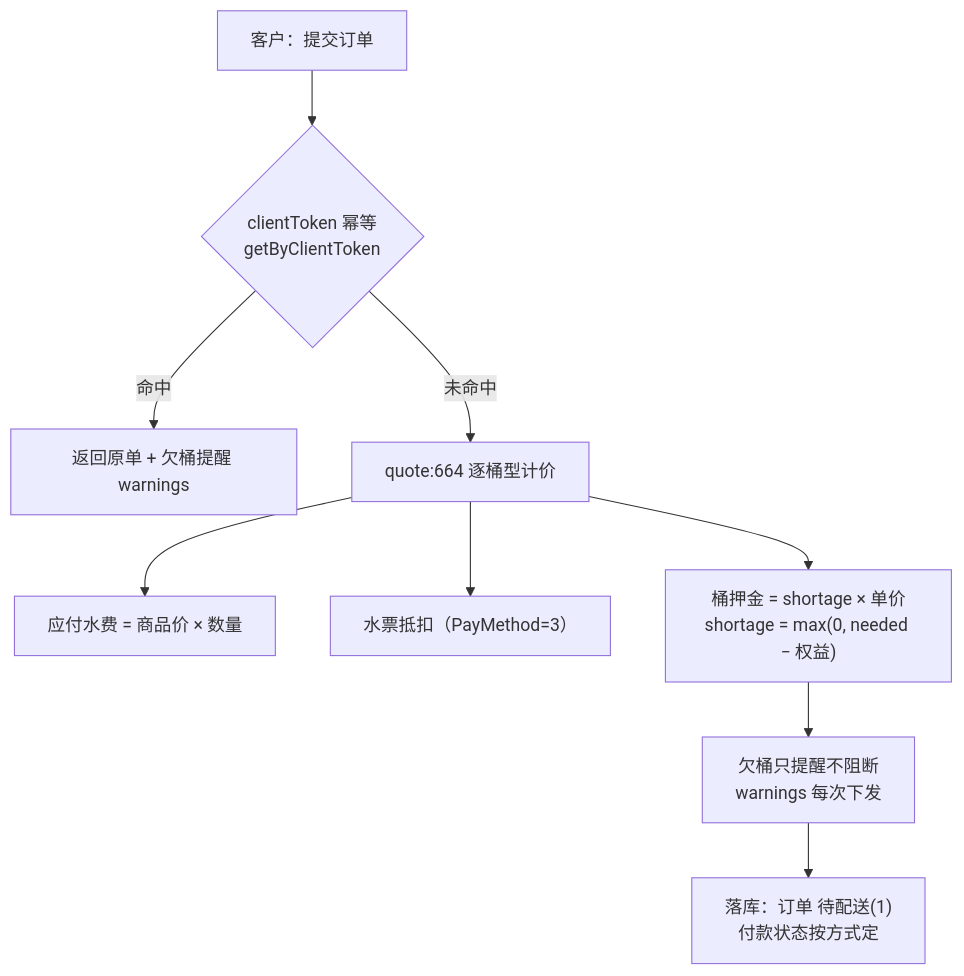
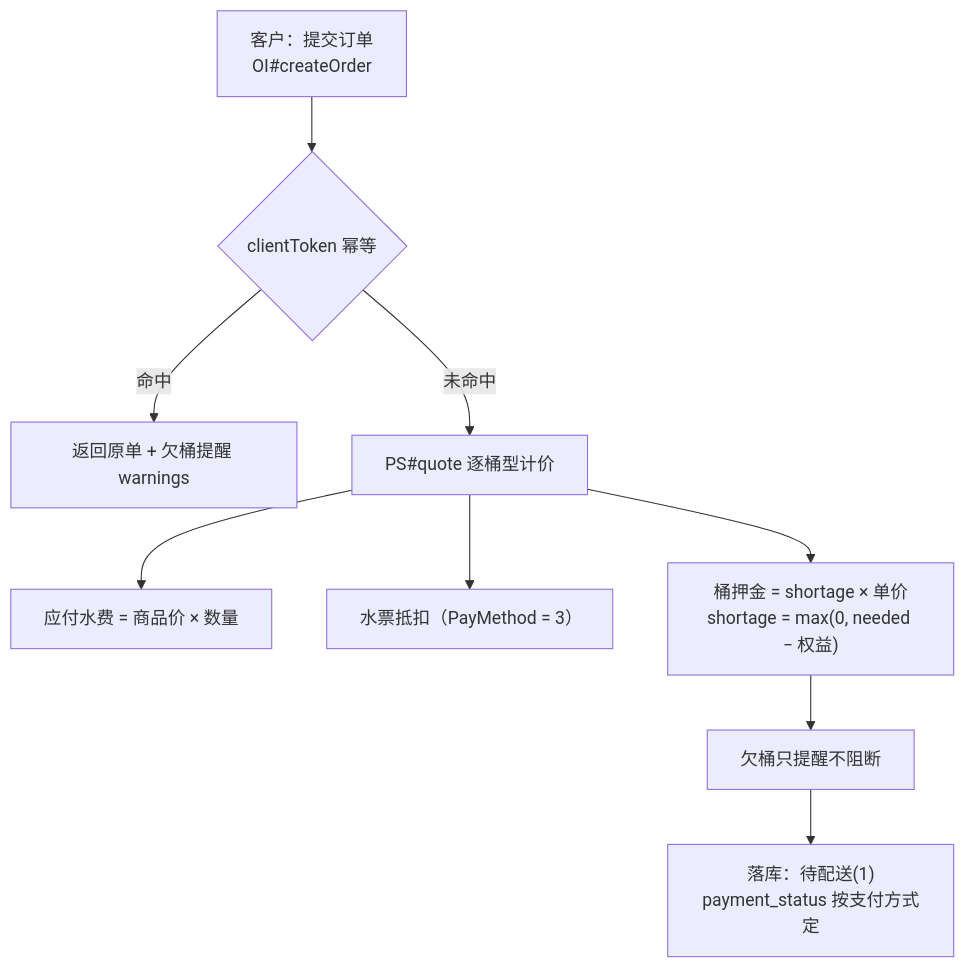
Before and after one commit to rumiasu/AquaFlow: the third of 10 diagrams in docs/design/15-业务流程地图.md, drawn with Mermaid. The commit also changed other lines of this file and 54 other files, not shown here.

````diff
--- a/docs/design/15-业务流程地图.md
+++ b/docs/design/15-业务流程地图.md
@@ -130,11 +121,11 @@
 ```mermaid
 flowchart TD
-  S["客户：提交订单"] --> ID{"clientToken 幂等<br/>getByClientToken"}
+  S["客户：提交订单<br/>OI#createOrder"] --> ID{"clientToken 幂等"}
   ID -->|"命中"| IDR["返回原单 + 欠桶提醒 warnings"]
-  ID -->|"未命中"| Q["quote:664 逐桶型计价"]
+  ID -->|"未命中"| Q["PS#quote 逐桶型计价"]
   Q --> R1["应付水费 = 商品价 × 数量"]
-  Q --> R2["水票抵扣（PayMethod=3）"]
+  Q --> R2["水票抵扣（PayMethod = 3）"]
   Q --> R3["桶押金 = shortage × 单价<br/>shortage = max(0, needed − 权益)"]
-  R3 --> W["欠桶只提醒不阻断<br/>warnings 每次下发"]
-  W --> SV["落库：订单 待配送(1)<br/>付款状态按方式定"]
+  R3 --> W["欠桶只提醒不阻断"]
+  W --> SV["落库：待配送(1)<br/>payment_status 按支付方式定"]
 ```
````
